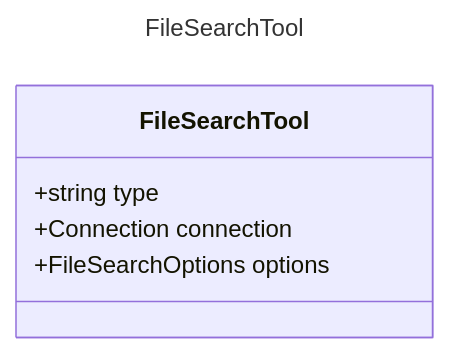
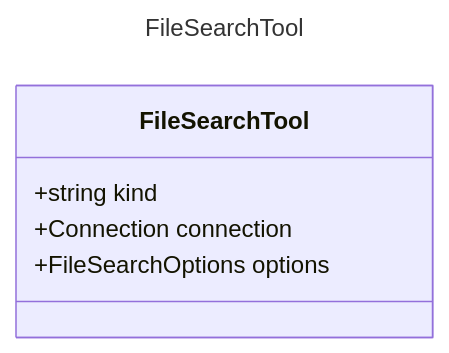
Before and after one commit to microsoft/prompty: the diagram in specification/prompty/docs/FileSearchTool.md, drawn with Mermaid. The commit also changed other lines of this file and 27 other files, not shown here.

Commit message:
moved from 'type' to 'kind' throughout the spec

````diff
--- a/specification/prompty/docs/FileSearchTool.md
+++ b/specification/prompty/docs/FileSearchTool.md
@@ -8,11 +8,11 @@
 ```mermaid
 ---
 title: FileSearchTool
 ---
 classDiagram
     class FileSearchTool {
-        +string type
+        +string kind
         +Connection connection
         +FileSearchOptions options
     }
 ```
````
